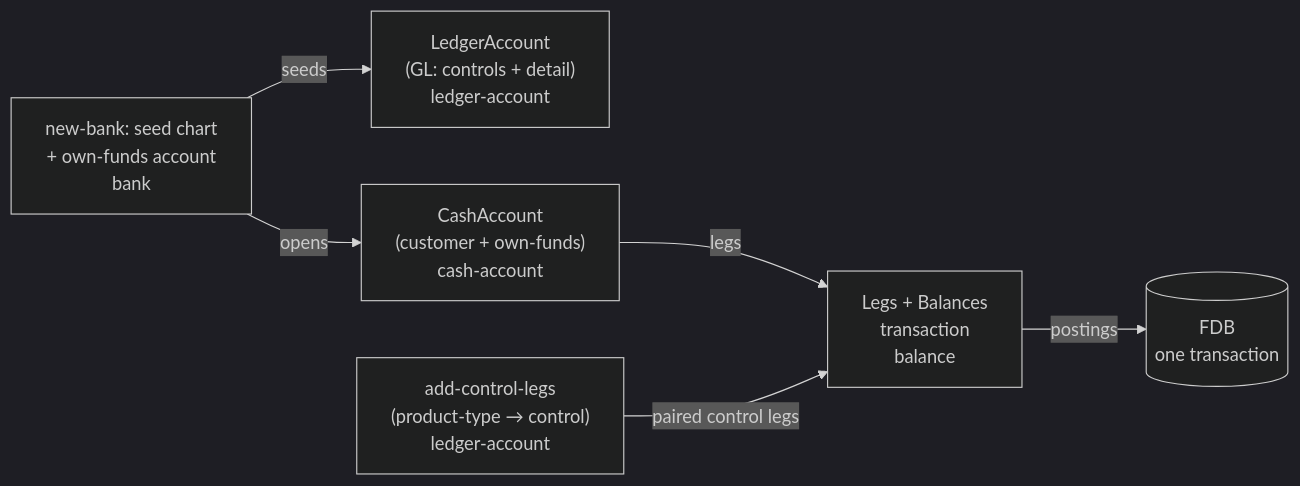
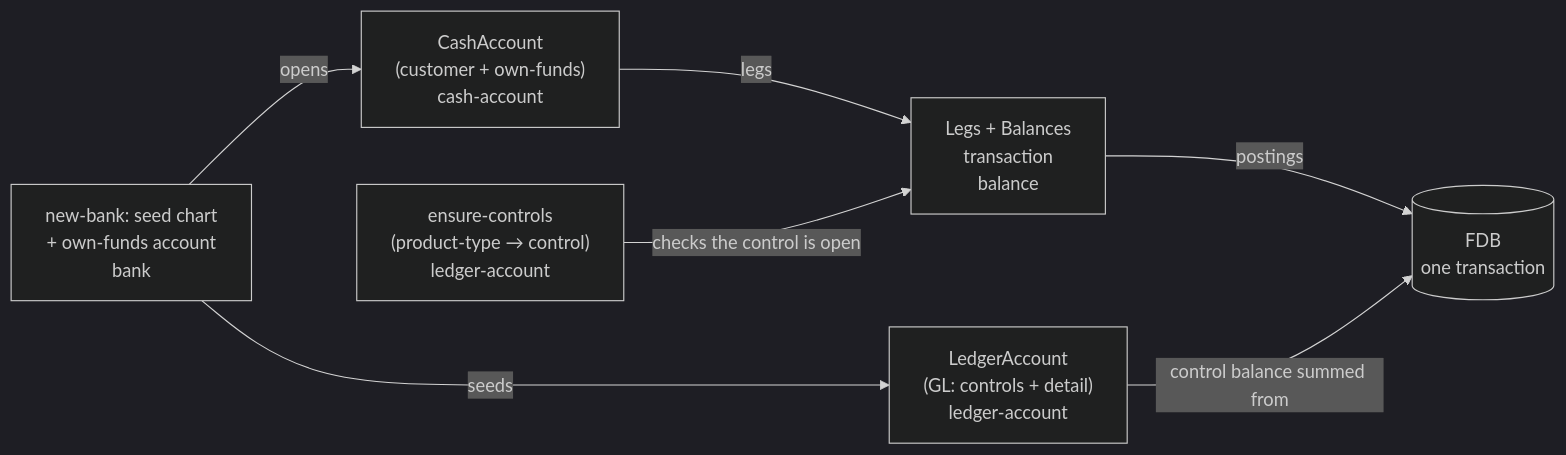
One commit to repldriven/queenswood changed the diagram in docs/tdd/chart-of-accounts.md. Above: the diagram before and after it, drawn with Mermaid (dark theme). The commit also changed other lines of this file and 42 other files, not shown here.

````diff
--- a/docs/tdd/chart-of-accounts.md
+++ b/docs/tdd/chart-of-accounts.md
@@ -122,15 +123,16 @@
 ```mermaid
 graph LR
     L["LedgerAccount<br/>(GL: controls + detail)<br/>ledger-account"]
     A["CashAccount<br/>(customer + own-funds)<br/>cash-account"]
     BANK["new-bank: seed chart<br/>+ own-funds account<br/>bank"]
-    EL["add-control-legs<br/>(product-type → control)<br/>ledger-account"]
+    EL["ensure-controls<br/>(product-type → control)<br/>ledger-account"]
     TX["Legs + Balances<br/>transaction<br/>balance"]
     FDB[("FDB<br/>one transaction")]
 
     BANK -->|seeds| L
     BANK -->|opens| A
     A -->|legs| TX
-    EL -->|paired control legs| TX
+    EL -->|checks the control is open| TX
     TX -->|postings| FDB
+    L -->|control balance summed from| FDB
 ```
````
